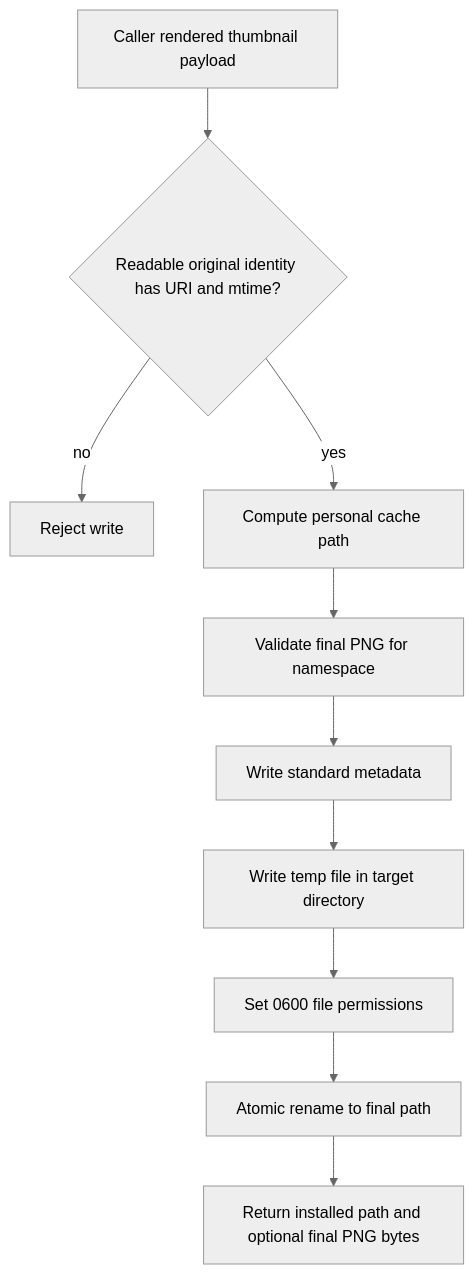
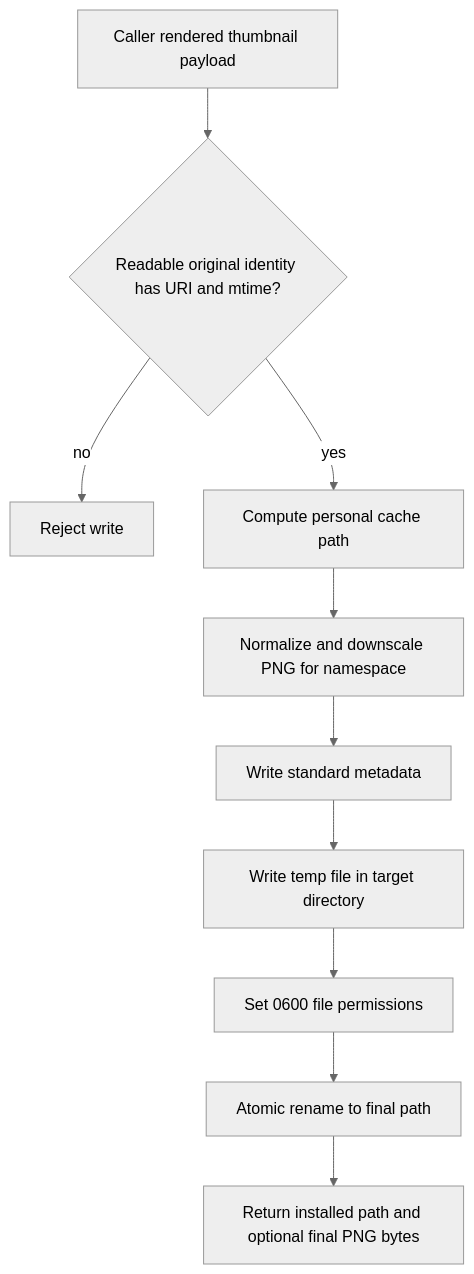
One commit to hnjae/xdg-thumbnail changed the second of 2 diagrams in docs/architecture/thumbnail-lifecycle.md. Above: the diagram before and after it, drawn with Mermaid (neutral theme). The commit also changed other lines of this file and 5 other files, not shown here.

````diff
--- a/docs/architecture/thumbnail-lifecycle.md
+++ b/docs/architecture/thumbnail-lifecycle.md
@@ -60,12 +60,12 @@
 ```mermaid
 flowchart TD
     A[Caller rendered thumbnail payload] --> B{Readable original identity has URI and mtime?}
     B -- no --> C[Reject write]
     B -- yes --> D[Compute personal cache path]
-    D --> E[Validate final PNG for namespace]
+    D --> E[Normalize and downscale PNG for namespace]
     E --> F[Write standard metadata]
     F --> G[Write temp file in target directory]
     G --> H[Set 0600 file permissions]
     H --> I[Atomic rename to final path]
     I --> J[Return installed path and optional final PNG bytes]
 ```
````
